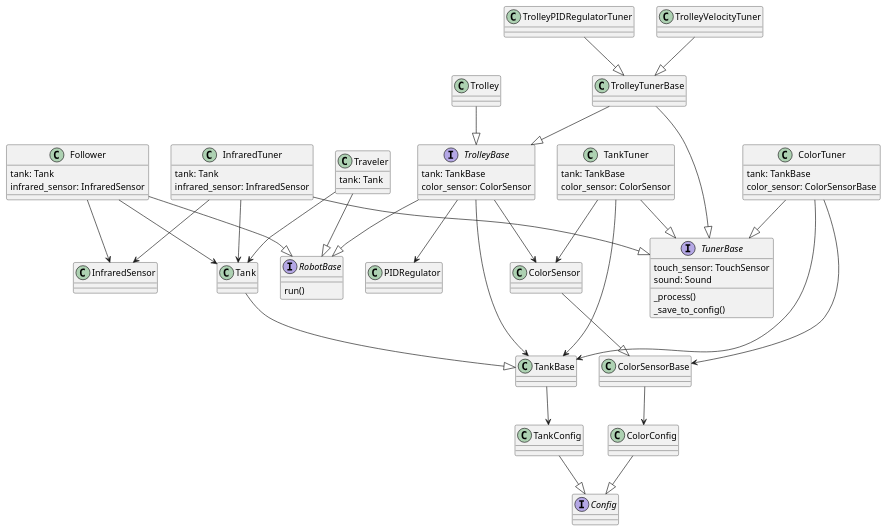
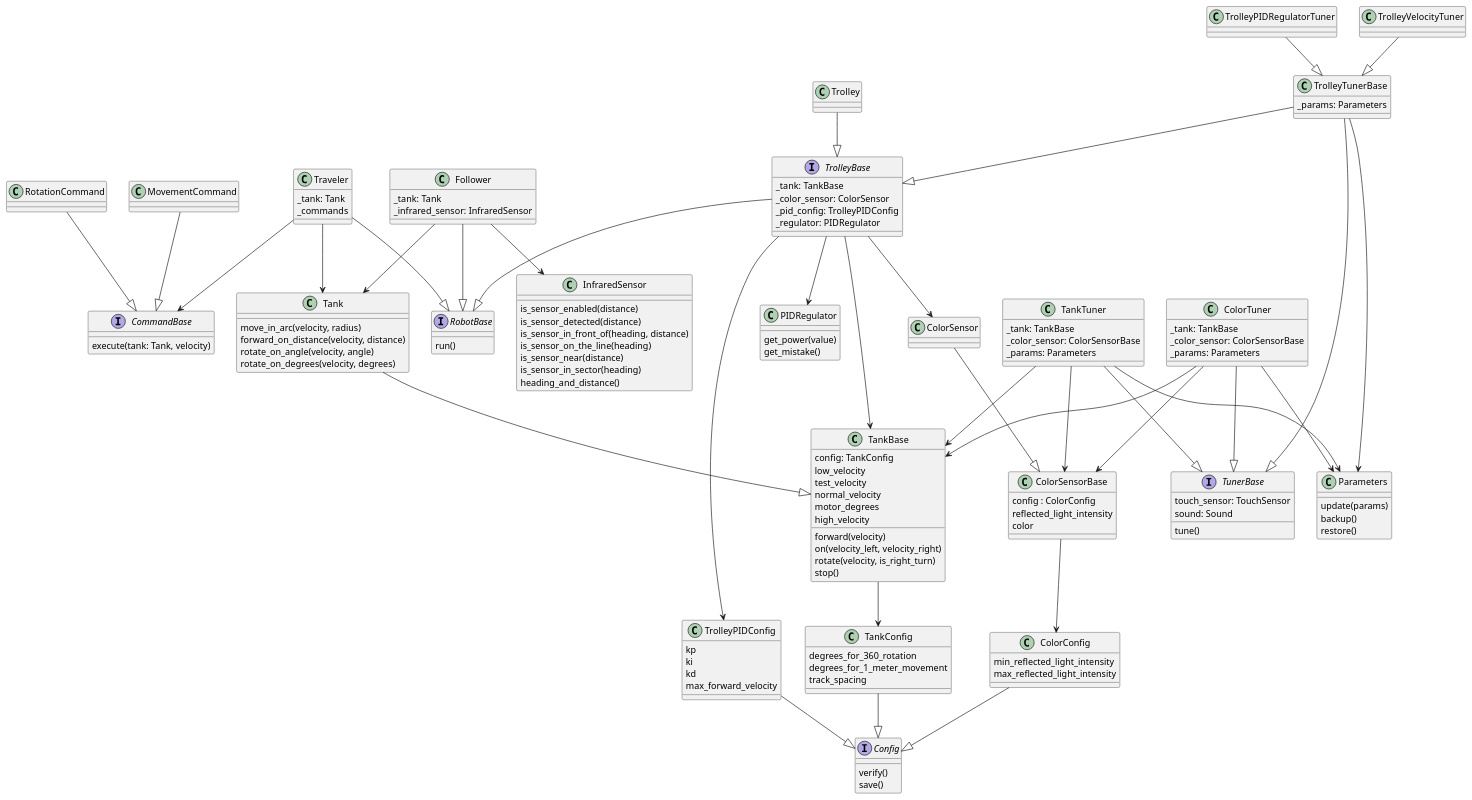
The diagram in diagrams/class_diagram.puml (sirejik/eva), drawn with PlantUML before and after one commit. The commit also changed 3 other files, not shown here.

Commit message:
Update class diagram

```diff
--- a/diagrams/class_diagram.puml
+++ b/diagrams/class_diagram.puml
@@ -1,111 +1,173 @@
 @startuml
 
+interface CommandBase {
+    execute(tank: Tank, velocity)
+}
+
+class MovementCommand {
+}
+MovementCommand --|> CommandBase
+
+class RotationCommand {
+}
+RotationCommand --|> CommandBase
+
 interface Config {
+    verify()
+    save()
 }
 
 class TankConfig {
+    degrees_for_360_rotation
+    degrees_for_1_meter_movement
+    track_spacing
 }
 TankConfig --|> Config
 
 class ColorConfig {
+    min_reflected_light_intensity
+    max_reflected_light_intensity
 }
 ColorConfig --|> Config
 
+class TrolleyPIDConfig {
+    kp
+    ki
+    kd
+    max_forward_velocity
+}
+TrolleyPIDConfig --|> Config
+
+class Parameters {
+    update(params)
+    backup()
+    restore()
+}
+
 class PIDRegulator {
+    get_power(value)
+    get_mistake()
 }
 
 class ColorSensorBase {
+    config : ColorConfig
+    reflected_light_intensity
+    color
 }
 ColorSensorBase --> ColorConfig
 
 class ColorSensor {
 }
 ColorSensor --|> ColorSensorBase
 
 class InfraredSensor {
+    is_sensor_enabled(distance)
+    is_sensor_detected(distance)
+    is_sensor_in_front_of(heading, distance)
+    is_sensor_on_the_line(heading)
+    is_sensor_near(distance)
+    is_sensor_in_sector(heading)
+    heading_and_distance()
 }
 
 class TankBase {
+    config: TankConfig
+    low_velocity
+    test_velocity
+    normal_velocity
+    motor_degrees
+    high_velocity
+    forward(velocity)
+    on(velocity_left, velocity_right)
+    rotate(velocity, is_right_turn)
+    stop()
+
 }
 TankBase --> TankConfig
 
 class Tank {
+    move_in_arc(velocity, radius)
+    forward_on_distance(velocity, distance)
+    rotate_on_angle(velocity, angle)
+    rotate_on_degrees(velocity, degrees)
 }
 Tank --|> TankBase
 
 interface RobotBase {
     run()
 }
 
 interface TrolleyBase {
-        tank: TankBase
-        color_sensor: ColorSensor
+    _tank: TankBase
+    _color_sensor: ColorSensor
+    _pid_config: TrolleyPIDConfig
+    _regulator: PIDRegulator
 }
 TrolleyBase --|> RobotBase
 TrolleyBase --> TankBase
 TrolleyBase --> ColorSensor
+TrolleyBase --> TrolleyPIDConfig
 TrolleyBase --> PIDRegulator
 
 class Follower {
-        tank: Tank
-        infrared_sensor: InfraredSensor
+    _tank: Tank
+    _infrared_sensor: InfraredSensor
 }
 Follower --|> RobotBase
 Follower --> Tank
 Follower --> InfraredSensor
 
 class Traveler {
-        tank: Tank
+    _tank: Tank
+    _commands
 }
 Traveler --|> RobotBase
 Traveler --> Tank
+Traveler --> CommandBase
 
 class Trolley {
 }
 Trolley --|> TrolleyBase
 
 interface TunerBase {
-        touch_sensor: TouchSensor
-        sound: Sound
-        _process()
-        _save_to_config()
+    touch_sensor: TouchSensor
+    sound: Sound
+    tune()
 }
 
 class ColorTuner {
-        tank: TankBase
-        color_sensor: ColorSensorBase
+    _tank: TankBase
+    _color_sensor: ColorSensorBase
+    _params: Parameters
 }
 ColorTuner --|> TunerBase
 ColorTuner --> TankBase
 ColorTuner --> ColorSensorBase
-
-class InfraredTuner {
-        tank: Tank
-        infrared_sensor: InfraredSensor
-}
-InfraredTuner --|> TunerBase
-InfraredTuner --> Tank
-InfraredTuner --> InfraredSensor
+ColorTuner --> Parameters
 
 class TankTuner {
-        tank: TankBase
-        color_sensor: ColorSensor
+    _tank: TankBase
+    _color_sensor: ColorSensorBase
+    _params: Parameters
 }
 TankTuner --|> TunerBase
 TankTuner --> TankBase
-TankTuner --> ColorSensor
+TankTuner --> ColorSensorBase
+TankTuner --> Parameters
 
 class TrolleyTunerBase {
+    _params: Parameters
 }
 TrolleyTunerBase --|> TrolleyBase
 TrolleyTunerBase --|> TunerBase
+TrolleyTunerBase --> Parameters
 
 class TrolleyPIDRegulatorTuner {
 }
 TrolleyPIDRegulatorTuner --|> TrolleyTunerBase
 
 class TrolleyVelocityTuner {
 }
 TrolleyVelocityTuner --|> TrolleyTunerBase
 
 @enduml
```
